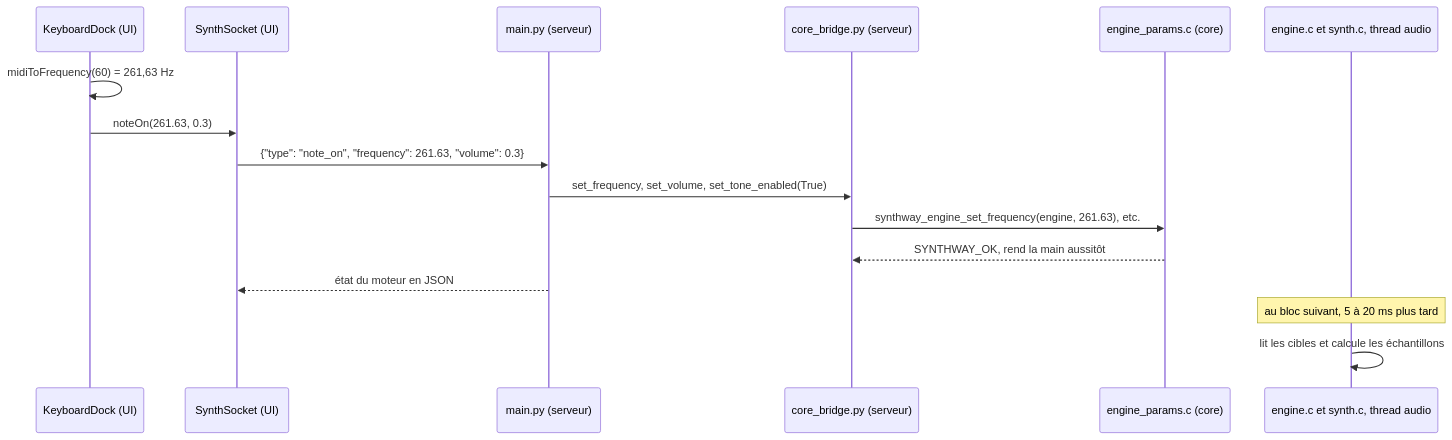
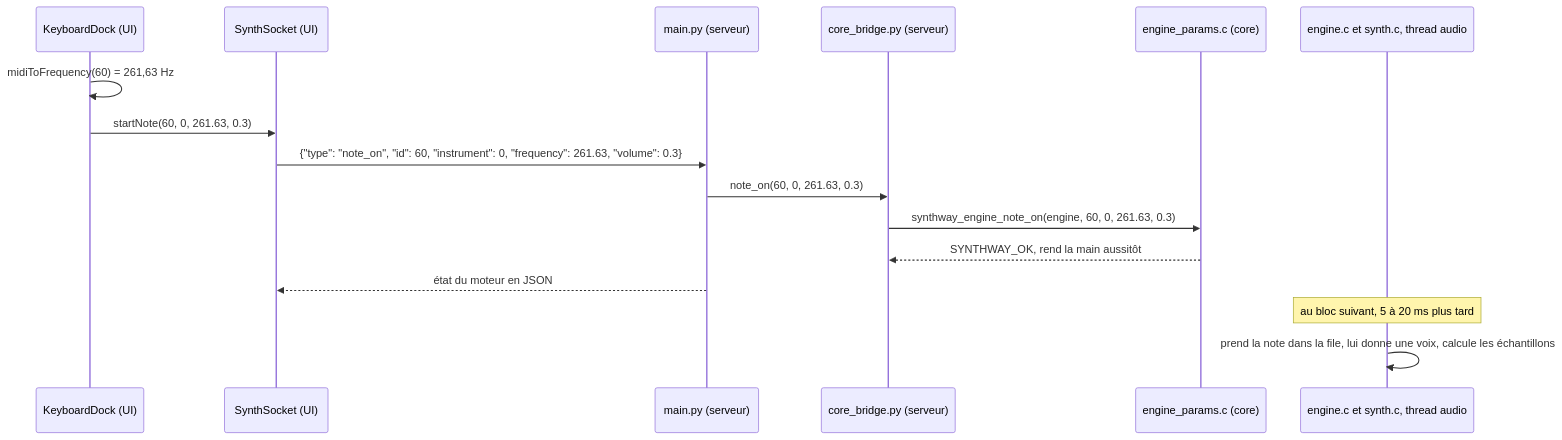
One commit to ArthurCovanov/Synthway changed the second of 4 diagrams in docs/architecture.md. Above: the diagram before and after it, drawn with Mermaid. The commit also changed other lines of this file and 38 other files, not shown here.

````diff
--- a/docs/architecture.md
+++ b/docs/architecture.md
@@ -133,18 +133,18 @@
 ```mermaid
 sequenceDiagram
     participant K as KeyboardDock (UI)
     participant S as SynthSocket (UI)
     participant M as main.py (serveur)
     participant B as core_bridge.py (serveur)
     participant E as engine_params.c (core)
     participant A as engine.c et synth.c, thread audio
     K->>K: midiToFrequency(60) = 261,63 Hz
-    K->>S: noteOn(261.63, 0.3)
-    S->>M: {"type": "note_on", "frequency": 261.63, "volume": 0.3}
-    M->>B: set_frequency, set_volume, set_tone_enabled(True)
-    B->>E: synthway_engine_set_frequency(engine, 261.63), etc.
+    K->>S: startNote(60, 0, 261.63, 0.3)
+    S->>M: {"type": "note_on", "id": 60, "instrument": 0, "frequency": 261.63, "volume": 0.3}
+    M->>B: note_on(60, 0, 261.63, 0.3)
+    B->>E: synthway_engine_note_on(engine, 60, 0, 261.63, 0.3)
     E-->>B: SYNTHWAY_OK, rend la main aussitôt
     M-->>S: état du moteur en JSON
     Note over A: au bloc suivant, 5 à 20 ms plus tard
-    A->>A: lit les cibles et calcule les échantillons
+    A->>A: prend la note dans la file, lui donne une voix, calcule les échantillons
 ```
````
